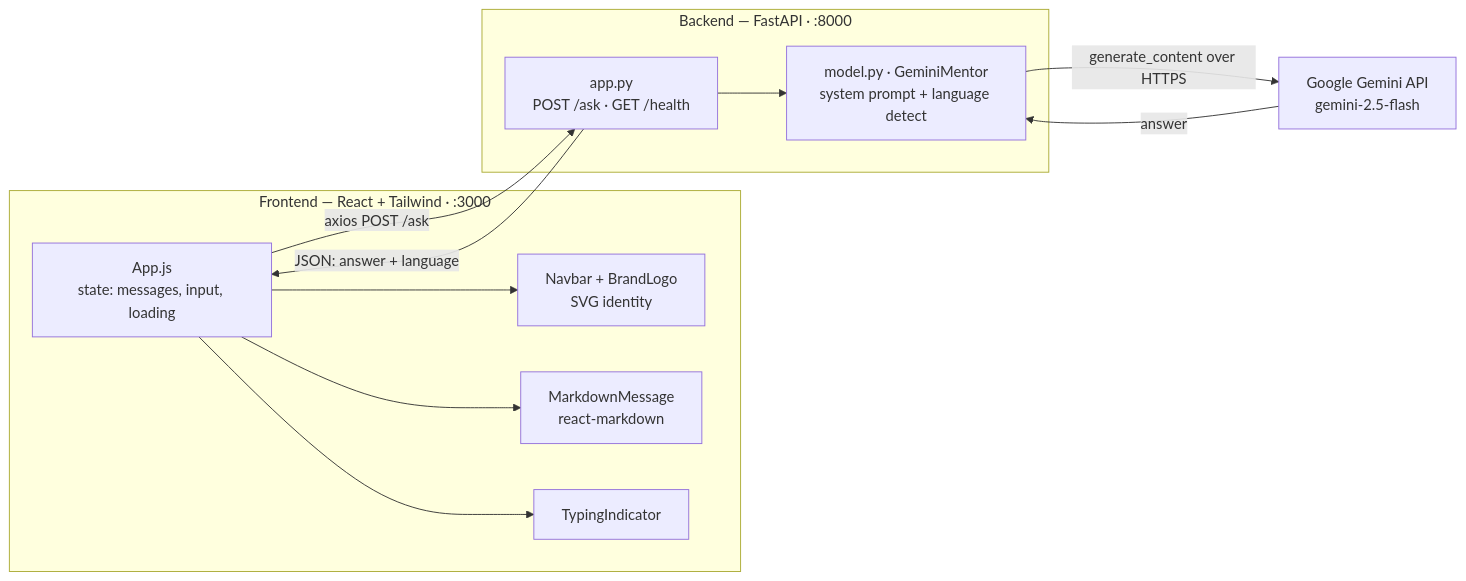
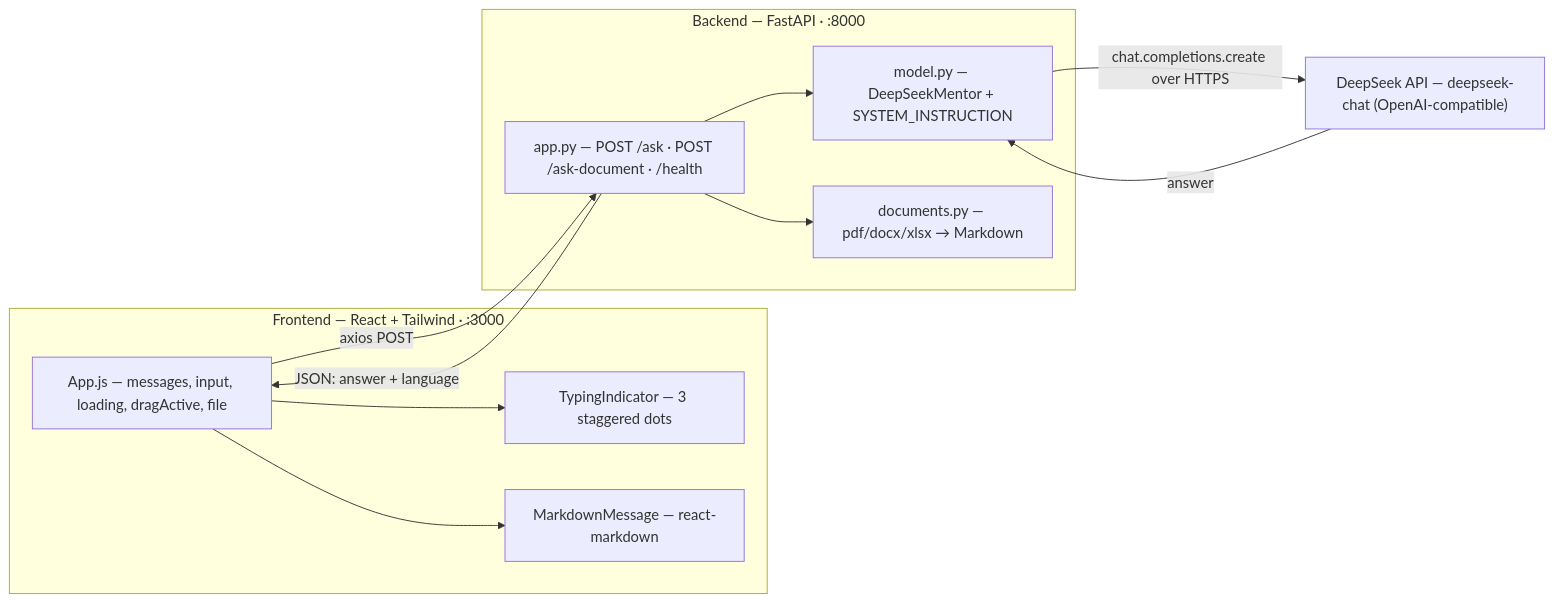
The diagram in README.md (FerasAlkhodari/Waaie), drawn with Mermaid before and after one commit. The commit also changed other lines of this file and 19 other files, not shown here.

Commit message:
feat: complete production-ready Waaie platform with DeepSeek-V3, Excel parsing, and enhanced UI/UX

````diff
--- a/README.md
+++ b/README.md
@@ -67,25 +59,25 @@
 ```mermaid
 flowchart LR
     subgraph Browser["Frontend — React + Tailwind · :3000"]
-        UI["App.js<br/>state: messages, input, loading"]
-        NAV["Navbar + BrandLogo<br/>SVG identity"]
-        MD["MarkdownMessage<br/>react-markdown"]
-        TI["TypingIndicator"]
-        UI --> NAV
+        UI["App.js — messages, input, loading, dragActive, file"]
+        TI["TypingIndicator — 3 staggered dots"]
+        MD["MarkdownMessage — react-markdown"]
+        UI --> TI
         UI --> MD
-        UI --> TI
     end
 
     subgraph Server["Backend — FastAPI · :8000"]
-        API["app.py<br/>POST /ask · GET /health"]
-        MODEL["model.py · GeminiMentor<br/>system prompt + language detect"]
+        API["app.py — POST /ask · POST /ask-document · /health"]
+        MODEL["model.py — DeepSeekMentor + SYSTEM_INSTRUCTION"]
+        DOCS["documents.py — pdf/docx/xlsx → Markdown"]
         API --> MODEL
+        API --> DOCS
     end
 
-    GEMINI["Google Gemini API<br/>gemini-2.5-flash"]
+    DS["DeepSeek API — deepseek-chat (OpenAI-compatible)"]
 
-    UI -- "axios POST /ask" --> API
-    MODEL -- "generate_content over HTTPS" --> GEMINI
-    GEMINI -- "answer" --> MODEL
+    UI -- "axios POST" --> API
+    MODEL -- "chat.completions.create over HTTPS" --> DS
+    DS -- "answer" --> MODEL
     API -- "JSON: answer + language" --> UI
 ```
````
